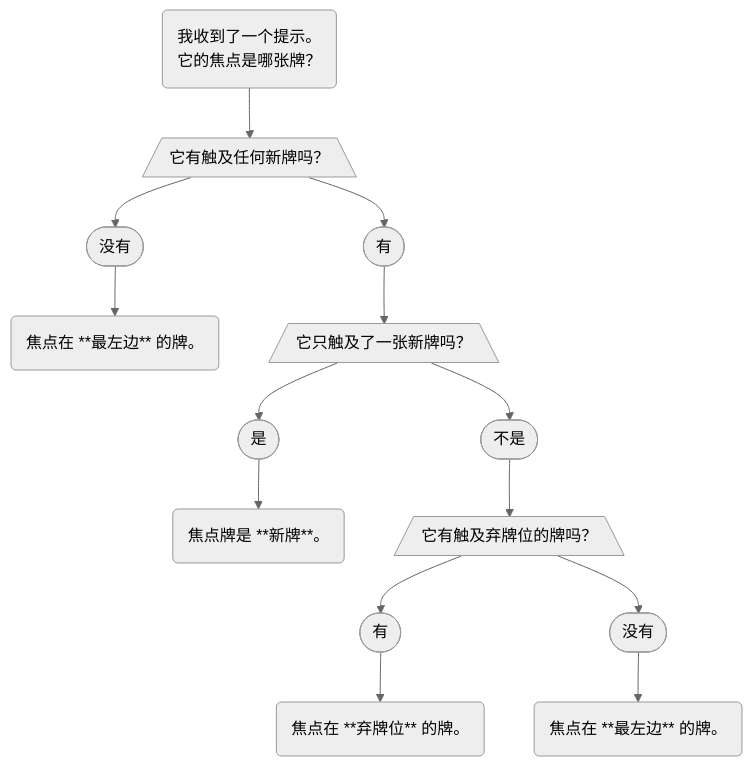
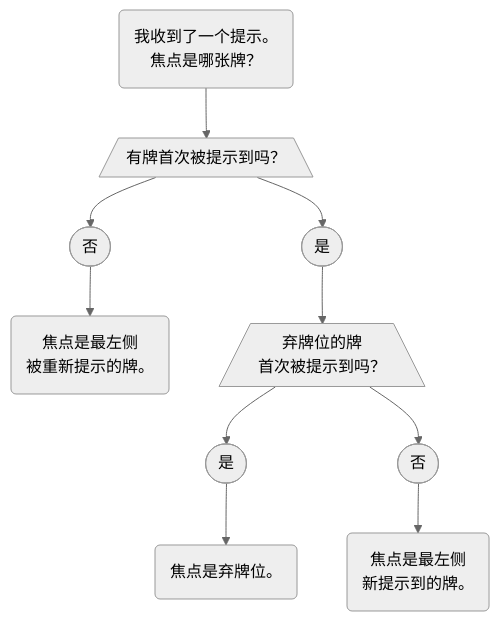
One commit to TRCYX/H-Group changed the diagram in i18n/zh/docusaurus-plugin-content-docs/current/level-1.mdx. Above: the diagram before and after it, drawn with Mermaid (neutral theme). The commit also changed other lines of this file and 10 other files, not shown here.

````diff
--- a/i18n/zh/docusaurus-plugin-content-docs/current/level-1.mdx
+++ b/i18n/zh/docusaurus-plugin-content-docs/current/level-1.mdx
@@ -59,37 +59,29 @@
 ```mermaid
 flowchart TD;
 
-S(我收到了一个提示。<br />它的焦点是哪张牌？)
-D1[/它有触及任何新牌吗？\]
-D1Y([有])
-D1N([没有])
-D1NL(焦点在 **最左边** 的牌。)
-D2[/它只触及了一张新牌吗？\]
+S(我收到了一个提示。<br />焦点是哪张牌？)
+D1[/有牌首次被提示到吗？\]
+D1Y([是])
+D1N([否])
+D1NL(焦点是最左侧<br />被重新提示的牌。)
+D2[/弃牌位的牌<br />首次被提示到吗？\]
 D2Y([是])
-D2N([不是])
-D2YL(焦点牌是 **新牌**。)
-D3[/它有触及弃牌位的牌吗？\]
-D3Y([有])
-D3N([没有])
-D3YL(焦点在 **弃牌位** 的牌。)
-D3NL(焦点在 **最左边** 的牌。)
+D2N([否])
+D2YL(焦点是弃牌位。)
+D2NL(焦点是最左侧<br />新提示到的牌。)
 
-class D1Y,D2Y,D3Y node-yes
-class D1N,D2N,D3N node-no
-class S,D1NL,D2YL,D3YL,D3NL node-act
-class D1,D2,D3 node-dec
+class D1Y,D2Y node-yes
+class D1N,D2N node-no
+class S,D1NL,D2YL,D2NL node-act
+class D1,D2 node-dec
 
 S --> D1;
 D1 --> D1Y;
 D1 --> D1N;
 D1N --> D1NL;
 D1Y --> D2;
 D2 --> D2Y;
 D2 --> D2N;
 D2Y --> D2YL;
-D2N --> D3;
-D3 --> D3Y;
-D3 --> D3N;
-D3Y --> D3YL;
-D3N --> D3NL;
+D2N --> D2NL;
 ```
````
